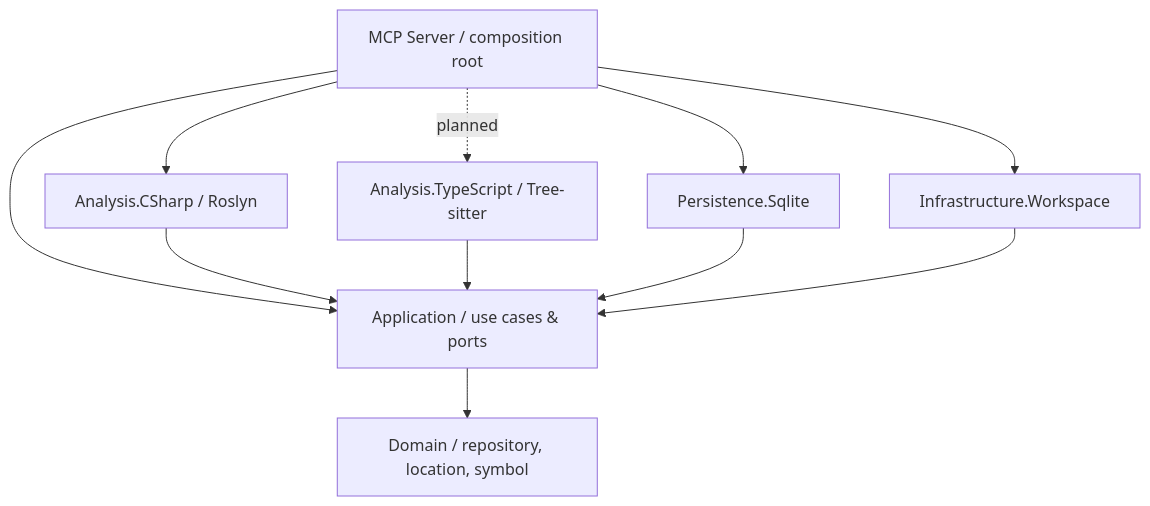
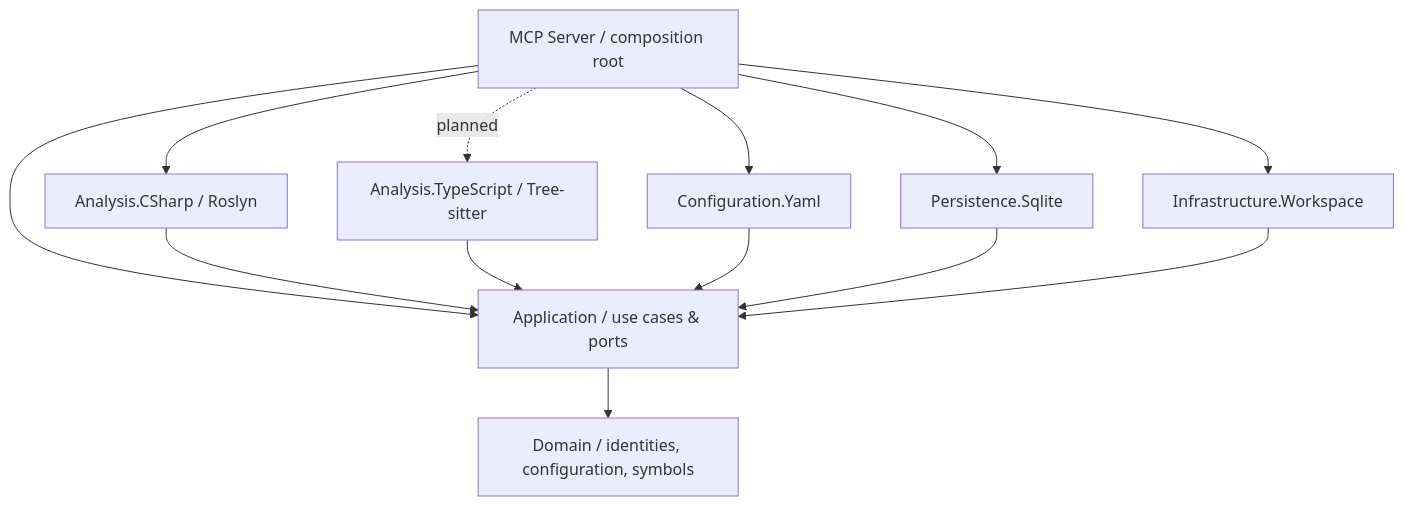
Before and after one commit to rflechner/CodeSemantic4Llm: the diagram in docs/architecture.md, drawn with Mermaid. The commit also changed other lines of this file and 23 other files, not shown here.

Commit message:
feat: add repository YAML configuration and Reqnroll BDD scenarios

````diff
--- a/docs/architecture.md
+++ b/docs/architecture.md
@@ -5,13 +5,15 @@
 ```mermaid
 flowchart TD
     Host["MCP Server / composition root"] --> App["Application / use cases & ports"]
     Host --> Roslyn["Analysis.CSharp / Roslyn"]
     Host -. planned .-> Ts["Analysis.TypeScript / Tree-sitter"]
+    Host --> Yaml["Configuration.Yaml"]
     Host --> Sqlite["Persistence.Sqlite"]
     Host --> Workspace["Infrastructure.Workspace"]
     Roslyn --> App
     Ts --> App
+    Yaml --> App
     Sqlite --> App
     Workspace --> App
-    App --> Domain["Domain / repository, location, symbol"]
+    App --> Domain["Domain / identities, configuration, symbols"]
 ```
````
